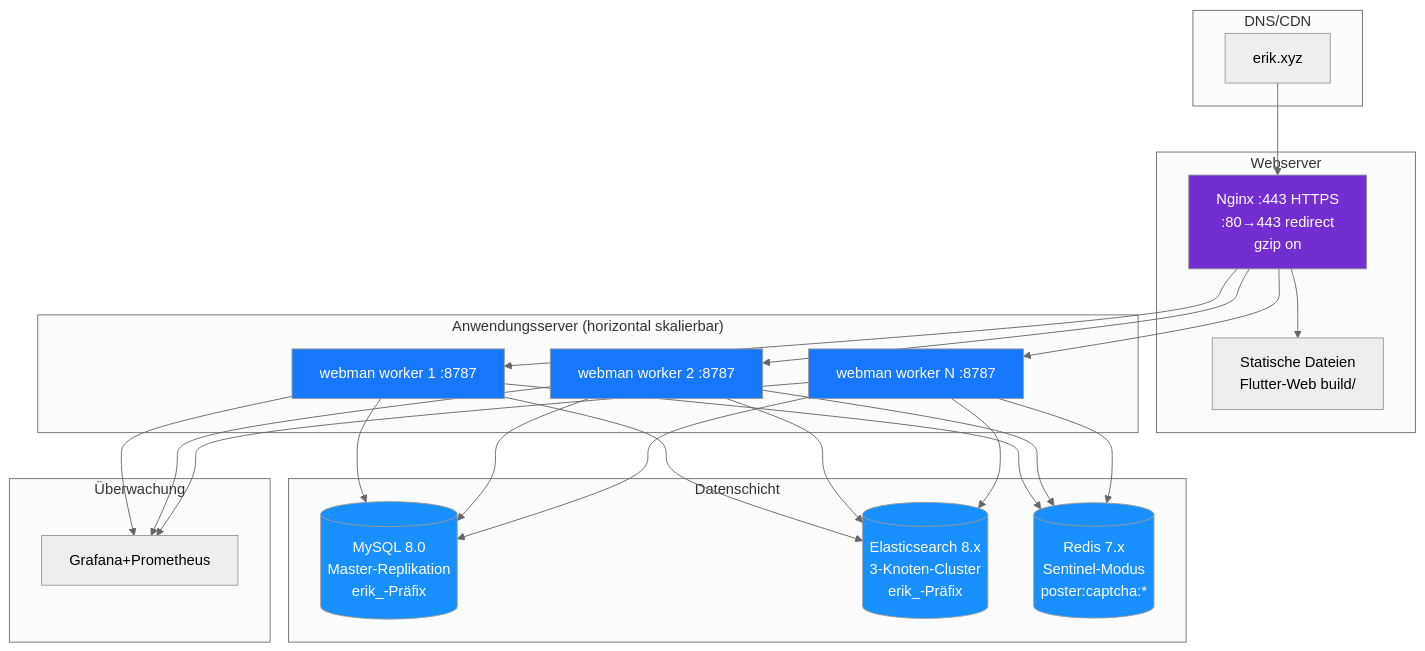
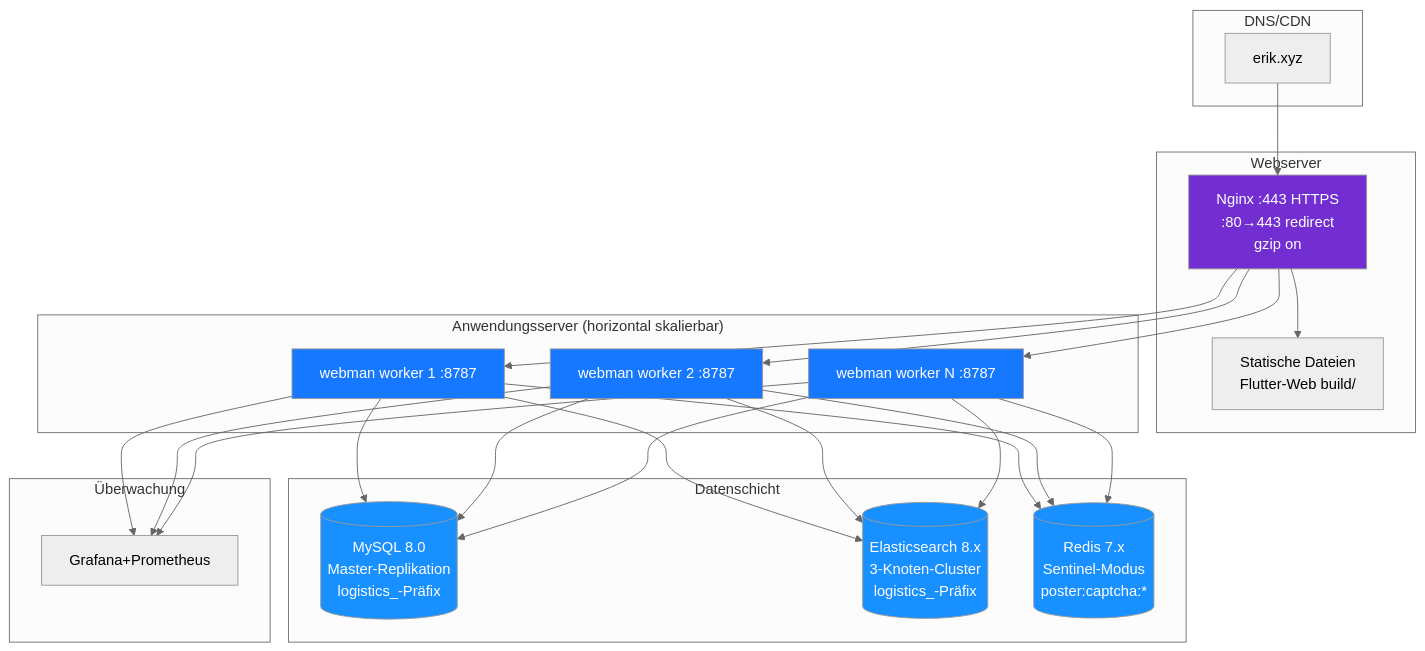
The diagram in admin/docs/diagrams/12-deployment.de.md (erikwang2013/integrated-global-logistics), drawn with Mermaid (neutral theme) before and after one commit. The commit also changed 211 other files, not shown here.

````diff
--- a/admin/docs/diagrams/12-deployment.de.md
+++ b/admin/docs/diagrams/12-deployment.de.md
@@ -7,45 +7,45 @@
 ```mermaid
 flowchart TB
     subgraph dns["DNS/CDN"]
         domain["erik.xyz"]
     end
 
     subgraph web["Webserver"]
         nginx["Nginx :443 HTTPS<br/>:80→443 redirect<br/>gzip on"]
         static["Statische Dateien<br/>Flutter-Web build/"]
     end
 
     subgraph app["Anwendungsserver (horizontal skalierbar)"]
         wm1["webman worker 1 :8787"]
         wm2["webman worker 2 :8787"]
         wm3["webman worker N :8787"]
     end
 
     subgraph data["Datenschicht"]
-        mysql[("MySQL 8.0<br/>Master-Replikation<br/>erik_-Präfix")]
-        es[("Elasticsearch 8.x<br/>3-Knoten-Cluster<br/>erik_-Präfix")]
+        mysql[("MySQL 8.0<br/>Master-Replikation<br/>logistics_-Präfix")]
+        es[("Elasticsearch 8.x<br/>3-Knoten-Cluster<br/>logistics_-Präfix")]
         redis[("Redis 7.x<br/>Sentinel-Modus<br/>poster:captcha:*")]
     end
 
     subgraph monitor["Überwachung"]
         grafana["Grafana+Prometheus"]
     end
 
     domain --> nginx
     nginx --> static
     nginx --> wm1
     nginx --> wm2
     nginx --> wm3
     wm1 & wm2 & wm3 --> mysql
     wm1 & wm2 & wm3 --> es
     wm1 & wm2 & wm3 --> redis
     wm1 & wm2 & wm3 --> grafana
 
     style nginx fill:#722ED1,color:#fff
     style wm1 fill:#1677FF,color:#fff
     style wm2 fill:#1677FF,color:#fff
     style wm3 fill:#1677FF,color:#fff
     style mysql fill:#1890FF,color:#fff
     style es fill:#1890FF,color:#fff
     style redis fill:#1890FF,color:#fff
 ```
````
